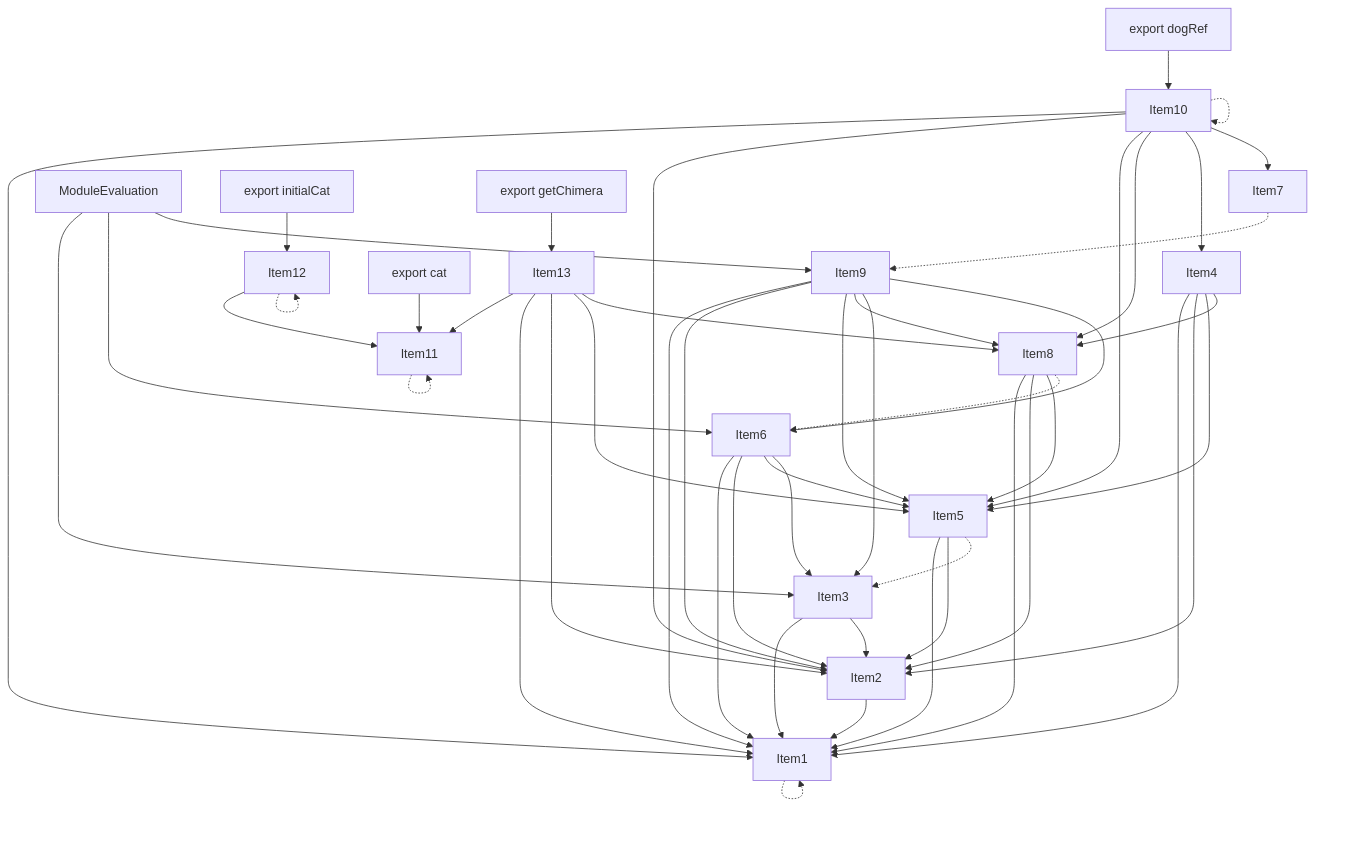
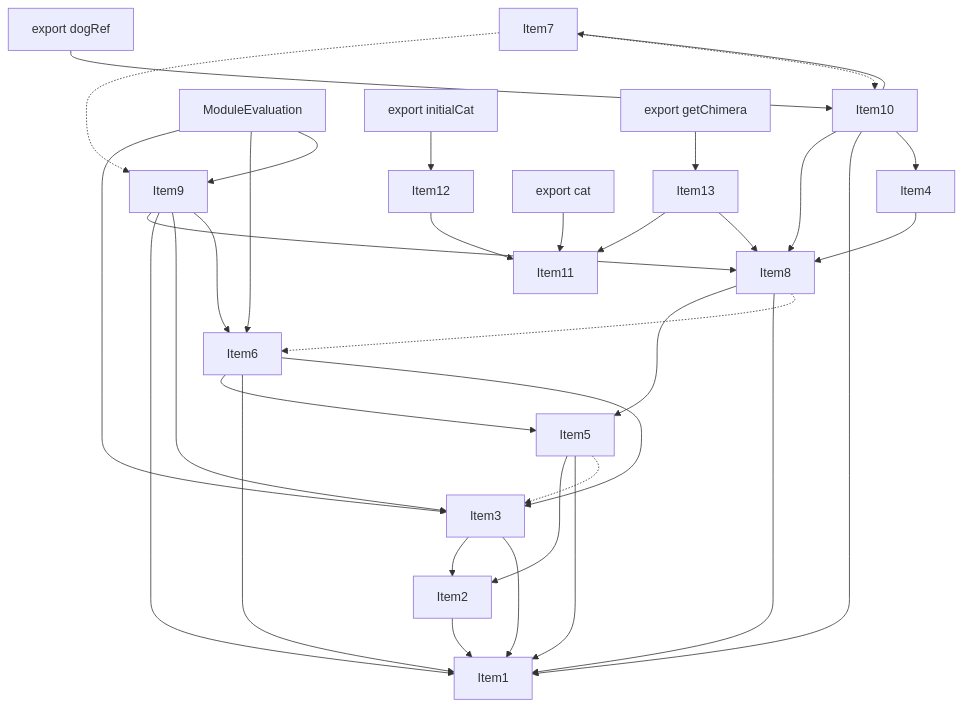
Before and after one commit to darkred/turbo: the fourth of 5 diagrams in crates/turbopack-ecmascript/tests/tree-shaker/analyzer/complex/output.md, drawn with Mermaid. The commit also changed other lines of this file and 22 other files, not shown here.

````diff
--- a/crates/turbopack-ecmascript/tests/tree-shaker/analyzer/complex/output.md
+++ b/crates/turbopack-ecmascript/tests/tree-shaker/analyzer/complex/output.md
@@ -307,74 +290,59 @@
 ```mermaid
 graph TD
     Item1;
     Item2;
     Item3;
     Item4;
     Item5;
     Item6;
     Item7;
     Item8;
     Item9;
     Item10;
     Item11;
     Item12;
     Item13;
     Item14;
     Item14["ModuleEvaluation"];
     Item15;
     Item15["export dogRef"];
     Item16;
     Item16["export cat"];
     Item17;
     Item17["export initialCat"];
     Item18;
     Item18["export getChimera"];
-    Item1 -.-> Item1;
     Item2 --> Item1;
+    Item3 --> Item2;
     Item3 --> Item1;
-    Item3 --> Item2;
+    Item5 --> Item2;
     Item5 --> Item1;
-    Item5 --> Item2;
     Item5 -.-> Item3;
+    Item6 --> Item5;
     Item6 --> Item1;
-    Item6 --> Item2;
-    Item6 --> Item5;
     Item6 --> Item3;
+    Item8 --> Item5;
     Item8 --> Item1;
-    Item8 --> Item2;
-    Item8 --> Item5;
     Item8 -.-> Item6;
+    Item9 --> Item8;
     Item9 --> Item1;
-    Item9 --> Item2;
-    Item9 --> Item5;
-    Item9 --> Item8;
     Item9 --> Item3;
     Item9 --> Item6;
+    Item10 --> Item8;
     Item10 --> Item1;
-    Item10 --> Item2;
-    Item10 --> Item5;
-    Item10 --> Item8;
     Item10 --> Item4;
     Item10 --> Item7;
-    Item10 -.-> Item10;
-    Item11 -.-> Item11;
     Item12 --> Item11;
-    Item12 -.-> Item12;
-    Item4 --> Item1;
-    Item4 --> Item2;
-    Item4 --> Item5;
+    Item15 --> Item10;
+    Item16 --> Item11;
+    Item17 --> Item12;
+    Item18 --> Item13;
     Item4 --> Item8;
     Item7 -.-> Item9;
+    Item7 -.-> Item10;
     Item13 --> Item11;
-    Item13 --> Item1;
-    Item13 --> Item2;
-    Item13 --> Item5;
     Item13 --> Item8;
     Item14 --> Item3;
     Item14 --> Item6;
     Item14 --> Item9;
-    Item15 --> Item10;
-    Item16 --> Item11;
-    Item17 --> Item12;
-    Item18 --> Item13;
 ```
````
